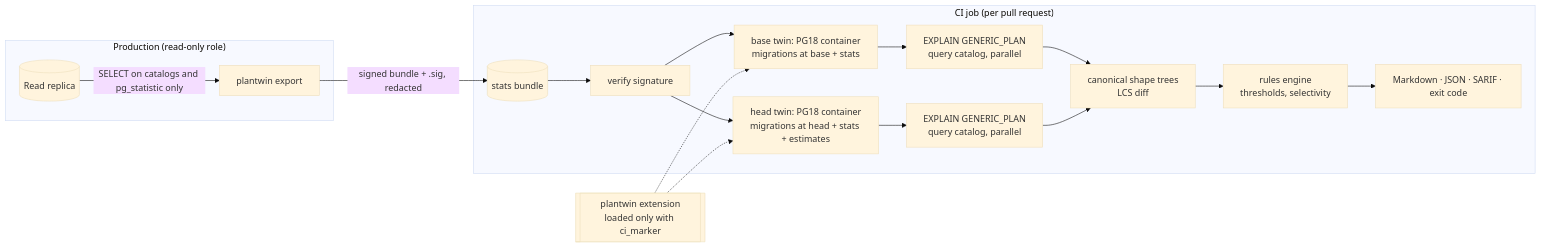
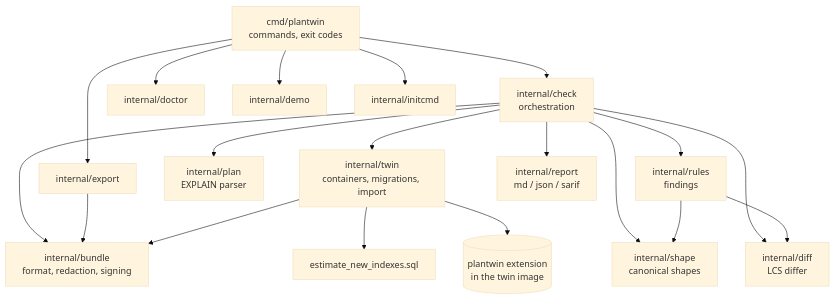
One commit to actions-marketplace-validations/raunaksahahere_planTwin changed the second of 2 diagrams in docs/ARCHITECTURE.md. Above: the diagram before and after it, drawn with Mermaid (base theme). The commit also changed other lines of this file and 3 other files, not shown here.

First line of the commit message:
docs: redesign README; add USAGE guide; rewrite ARCHITECTURE

````diff
--- a/docs/ARCHITECTURE.md
+++ b/docs/ARCHITECTURE.md
@@ -7,20 +54,21 @@
 ```mermaid
-flowchart LR
-  subgraph PROD["Production (read-only role)"]
-    R[(Read replica)] -->|SELECT on catalogs and pg_statistic only| E[plantwin export]
-  end
-  E -->|signed bundle + .sig, redacted| B[(stats bundle)]
-  subgraph CI["CI job (per pull request)"]
-    B --> V[verify signature]
-    V --> BT[base twin: PG18 container<br/>migrations at base + stats]
-    V --> HT[head twin: PG18 container<br/>migrations at head + stats + estimates]
-    BT --> X1[EXPLAIN GENERIC_PLAN<br/>query catalog, parallel]
-    HT --> X2[EXPLAIN GENERIC_PLAN<br/>query catalog, parallel]
-    X1 --> N[canonical shape trees<br/>LCS diff]
-    X2 --> N
-    N --> RU[rules engine<br/>thresholds, selectivity]
-    RU --> OUT[Markdown · JSON · SARIF · exit code]
-  end
-  EXT[[plantwin extension<br/>loaded only with ci_marker]] -.-> BT
-  EXT -.-> HT
+flowchart TB
+  CLI[cmd/plantwin<br/>commands, exit codes] --> CHK[internal/check<br/>orchestration]
+  CLI --> EXP[internal/export]
+  CLI --> DOC[internal/doctor]
+  CLI --> DEM[internal/demo]
+  CLI --> INI[internal/initcmd]
+  CHK --> TWN[internal/twin<br/>containers, migrations, import]
+  CHK --> PLN[internal/plan<br/>EXPLAIN parser]
+  CHK --> SHP[internal/shape<br/>canonical shapes]
+  CHK --> DIF[internal/diff<br/>LCS differ]
+  CHK --> RUL[internal/rules<br/>findings]
+  CHK --> REP[internal/report<br/>md / json / sarif]
+  CHK --> BND[internal/bundle<br/>format, redaction, signing]
+  EXP --> BND
+  TWN --> BND
+  TWN --> EST[estimate_new_indexes.sql]
+  TWN --> EXT[(plantwin extension<br/>in the twin image)]
+  RUL --> SHP
+  RUL --> DIF
 ```
````
